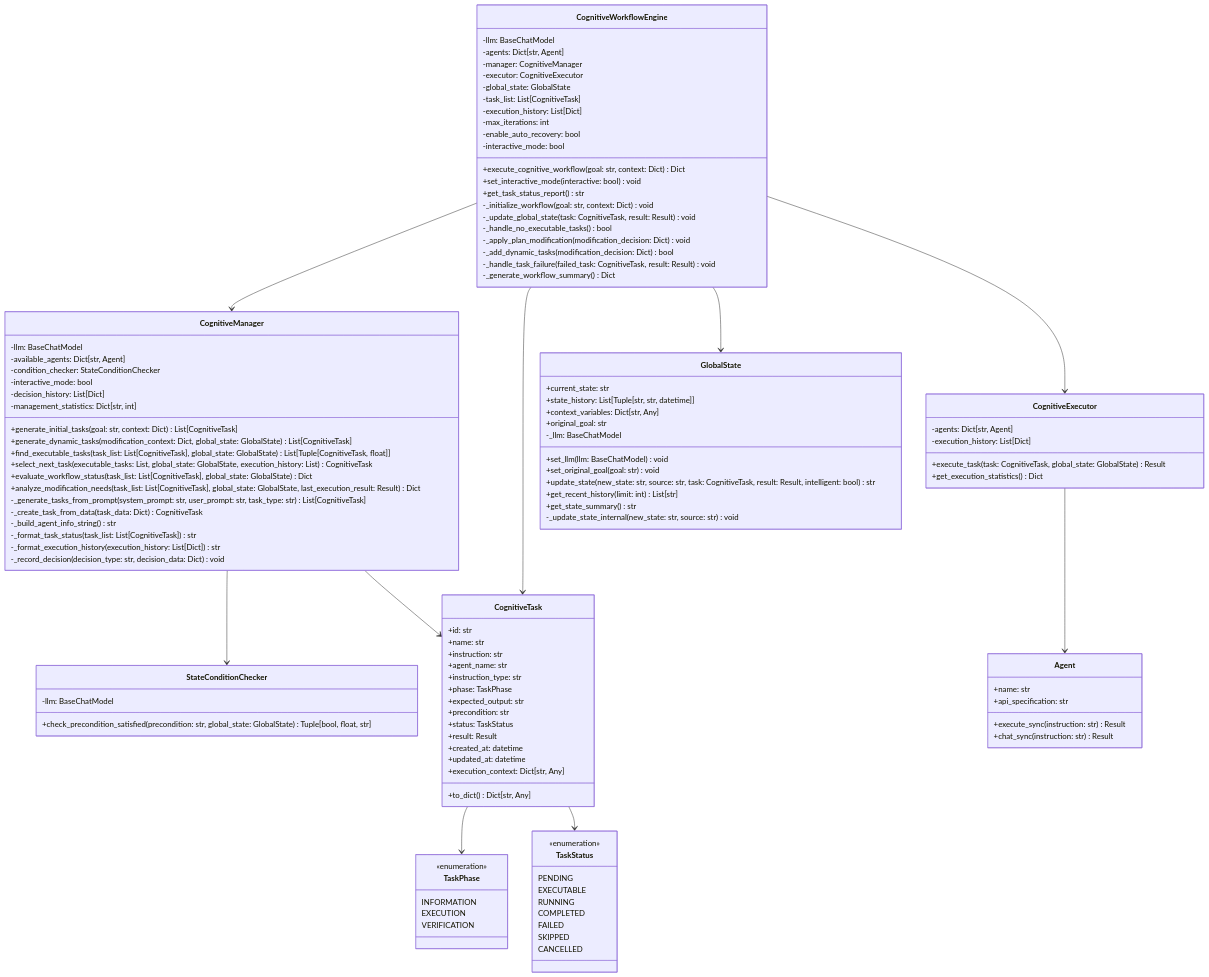
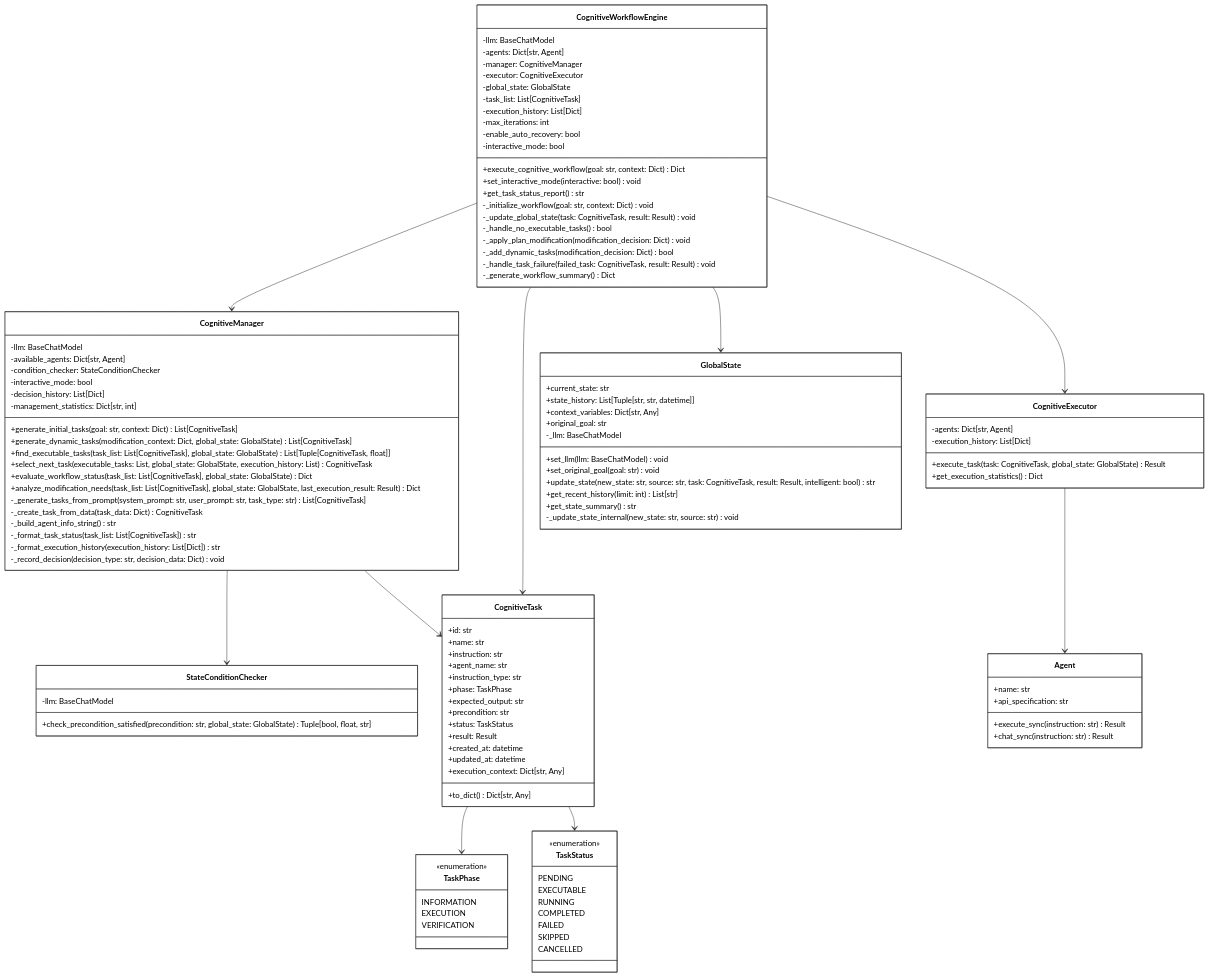
The second of 5 diagrams in CognitiveWorkflow/认知工作流系统架构文档.md (guci314/AgentFramework), drawn with Mermaid before and after one commit. The commit also changed other lines of this file and 713 other files, not shown here.

````diff
--- a/CognitiveWorkflow/认知工作流系统架构文档.md
+++ b/CognitiveWorkflow/认知工作流系统架构文档.md
@@ -82,4 +91,5 @@
 ```mermaid
+%%{init: {'theme': 'base', 'themeVariables': { 'primaryColor': '#ffffff', 'primaryTextColor': '#000000', 'primaryBorderColor': '#333333', 'lineColor': '#333333', 'secondaryColor': '#f8f9fa', 'tertiaryColor': '#ffffff', 'background': '#ffffff', 'mainBkg': '#ffffff', 'secondBkg': '#f8f9fa', 'tertiaryBkg': '#ffffff'}}}%%
 classDiagram
     class CognitiveWorkflowEngine {
         -llm: BaseChatModel
````
